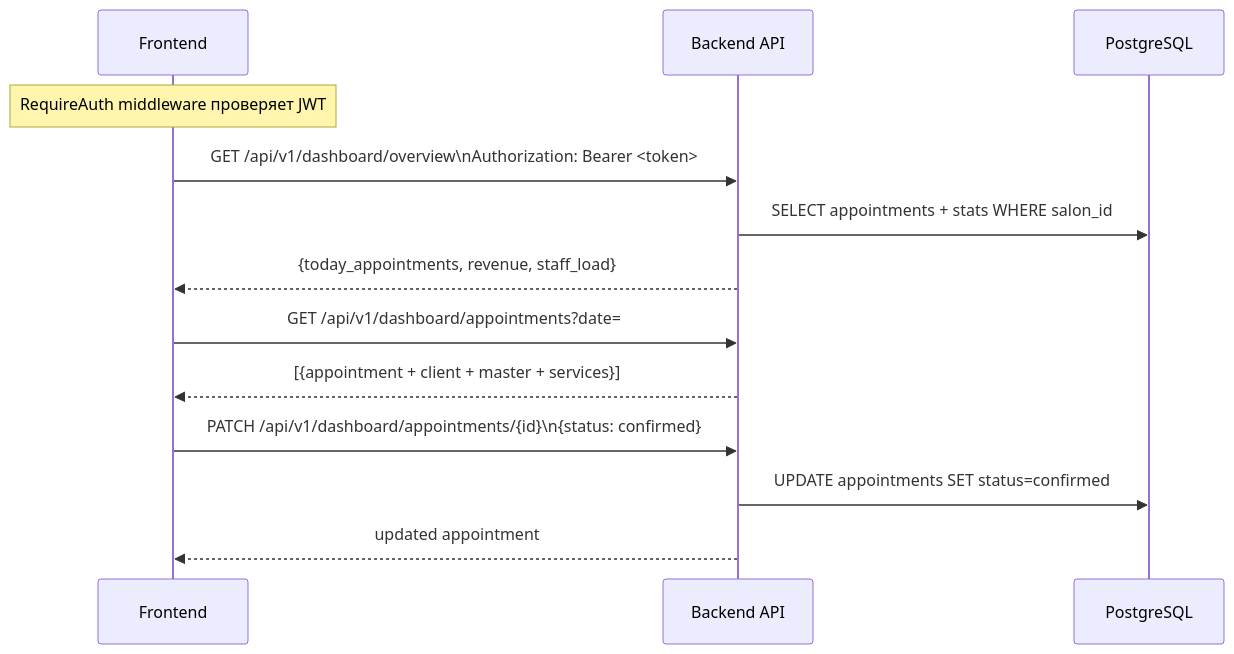
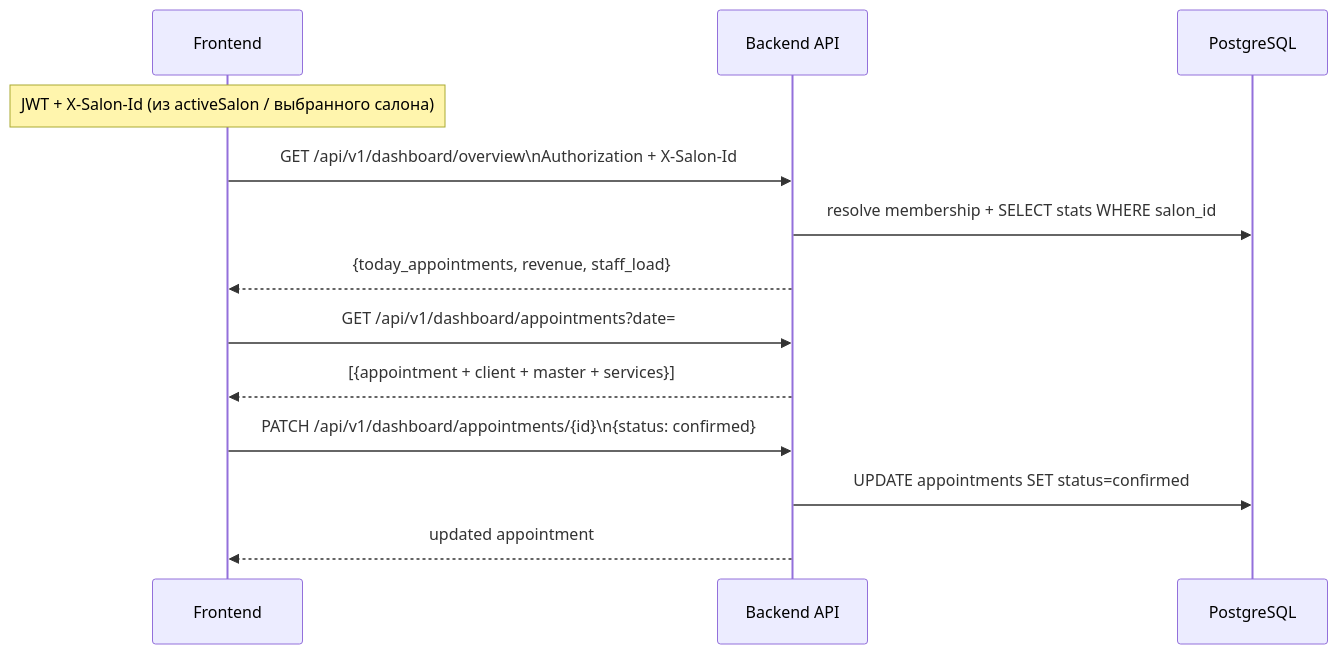
The fourth of 5 diagrams in docs/vault/architecture/api-flows.md (vvnezapnopwnz1/beauty-marketplace), drawn with Mermaid before and after one commit. The commit also changed other lines of this file and 50 other files, not shown here.

First line of the commit message:
feat(dashboard): персонал салона, инвайты и multi-salon UI

````diff
--- a/docs/vault/architecture/api-flows.md
+++ b/docs/vault/architecture/api-flows.md
@@ -101,19 +107,19 @@
 ```mermaid
 sequenceDiagram
     participant FE as Frontend
     participant API as Backend API
     participant DB as PostgreSQL
 
-    Note over FE: RequireAuth middleware проверяет JWT
+    Note over FE: JWT + X-Salon-Id (из activeSalon / выбранного салона)
 
-    FE->>API: GET /api/v1/dashboard/overview\nAuthorization: Bearer <token>
-    API->>DB: SELECT appointments + stats WHERE salon_id
+    FE->>API: GET /api/v1/dashboard/overview\nAuthorization + X-Salon-Id
+    API->>DB: resolve membership + SELECT stats WHERE salon_id
     API-->>FE: {today_appointments, revenue, staff_load}
 
     FE->>API: GET /api/v1/dashboard/appointments?date=
     API-->>FE: [{appointment + client + master + services}]
 
     FE->>API: PATCH /api/v1/dashboard/appointments/{id}\n{status: confirmed}
     API->>DB: UPDATE appointments SET status=confirmed
     API-->>FE: updated appointment
 ```
````
